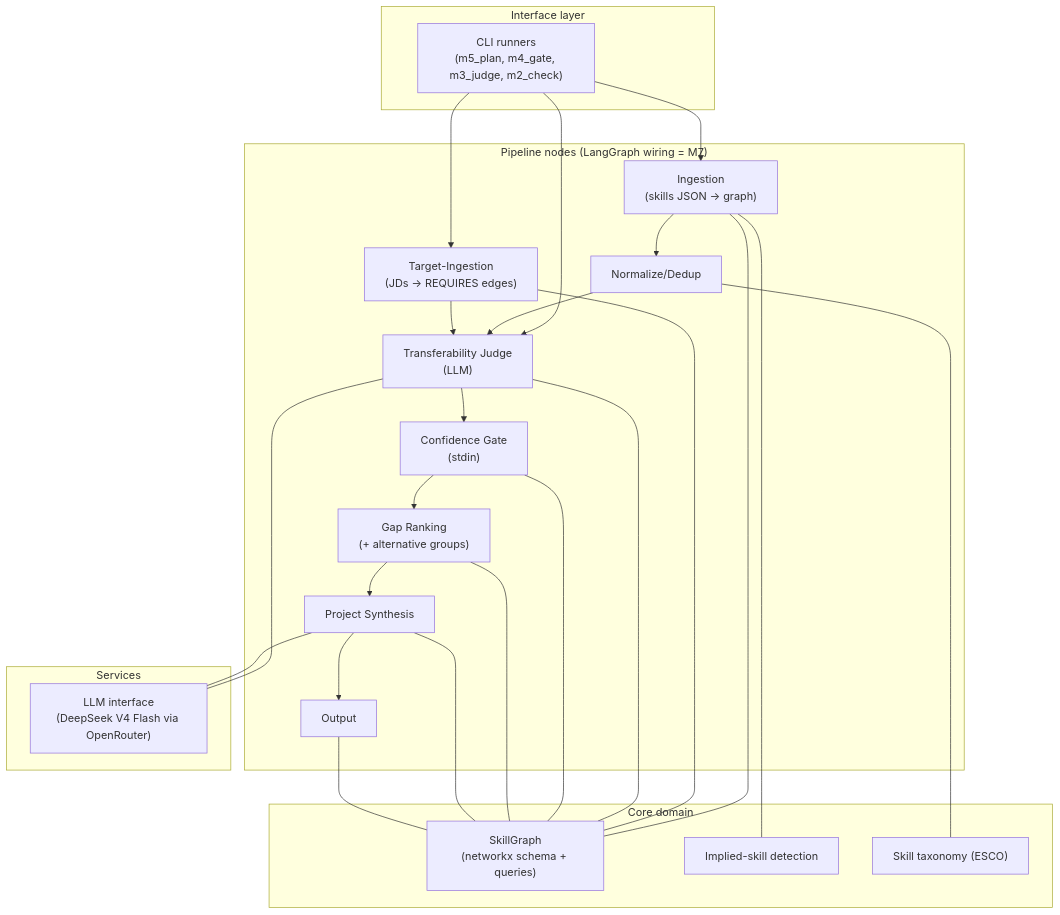
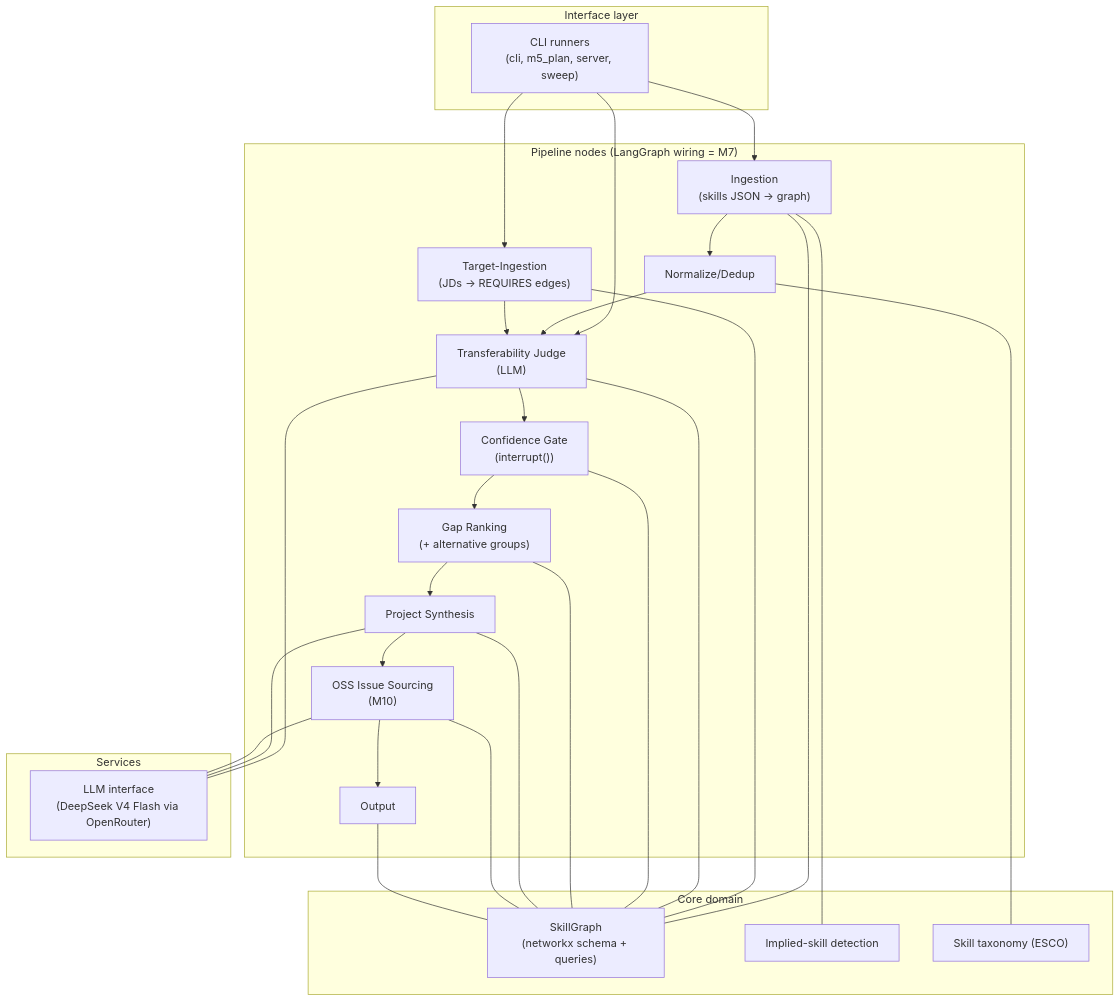
One commit to singhshubham95/skill-gap-agent changed the diagram in specs/01-system-overview.md. Above: the diagram before and after it, drawn with Mermaid. The commit also changed other lines of this file and 18 other files, not shown here.

````diff
--- a/specs/01-system-overview.md
+++ b/specs/01-system-overview.md
@@ -50,33 +51,35 @@
 ```mermaid
 flowchart TB
     subgraph L1["Interface layer"]
-        CLI["CLI runners<br/>(m5_plan, m4_gate, m3_judge, m2_check)"]
+        CLI["CLI runners<br/>(cli, m5_plan, server, sweep)"]
     end
     subgraph L2["Pipeline nodes (LangGraph wiring = M7)"]
         ING["Ingestion<br/>(skills JSON → graph)"]
         TING["Target-Ingestion<br/>(JDs → REQUIRES edges)"]
         NORM["Normalize/Dedup"]
         JUD["Transferability Judge<br/>(LLM)"]
-        GATE["Confidence Gate<br/>(stdin)"]
+        GATE["Confidence Gate<br/>(interrupt())"]
         RANK["Gap Ranking<br/>(+ alternative groups)"]
         SYNTH["Project Synthesis"]
+        OSS["OSS Issue Sourcing<br/>(M10)"]
         OUT["Output"]
     end
     subgraph L3["Core domain"]
         GRAPH["SkillGraph<br/>(networkx schema + queries)"]
         IMP["Implied-skill detection"]
         TAX["Skill taxonomy (ESCO)"]
     end
     subgraph L4["Services"]
         LLM["LLM interface<br/>(DeepSeek V4 Flash via OpenRouter)"]
     end
     CLI --> ING & TING & JUD
     ING --> NORM --> JUD
     TING --> JUD
-    JUD --> GATE --> RANK --> SYNTH --> OUT
+    JUD --> GATE --> RANK --> SYNTH --> OSS --> OUT
     ING --- IMP
     NORM --- TAX
     JUD --- LLM
     SYNTH --- LLM
-    ING & TING & JUD & GATE & RANK & SYNTH & OUT --- GRAPH
+    OSS --- LLM
+    ING & TING & JUD & GATE & RANK & SYNTH & OSS & OUT --- GRAPH
 ```
````
